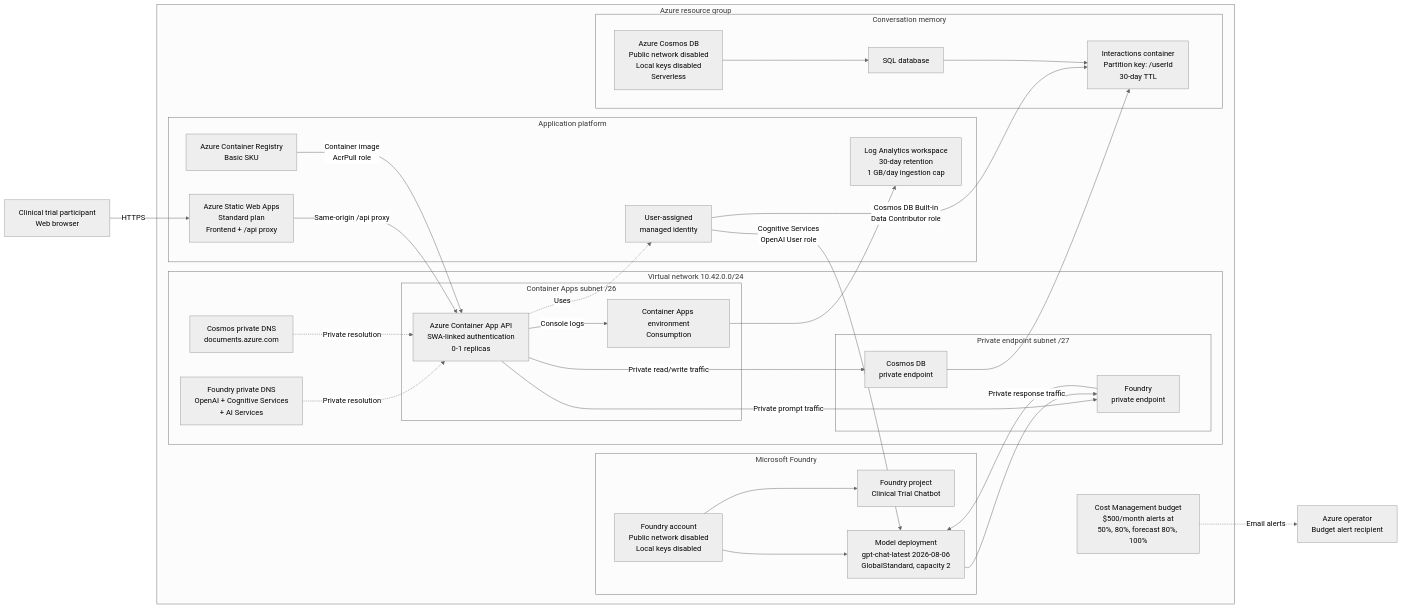
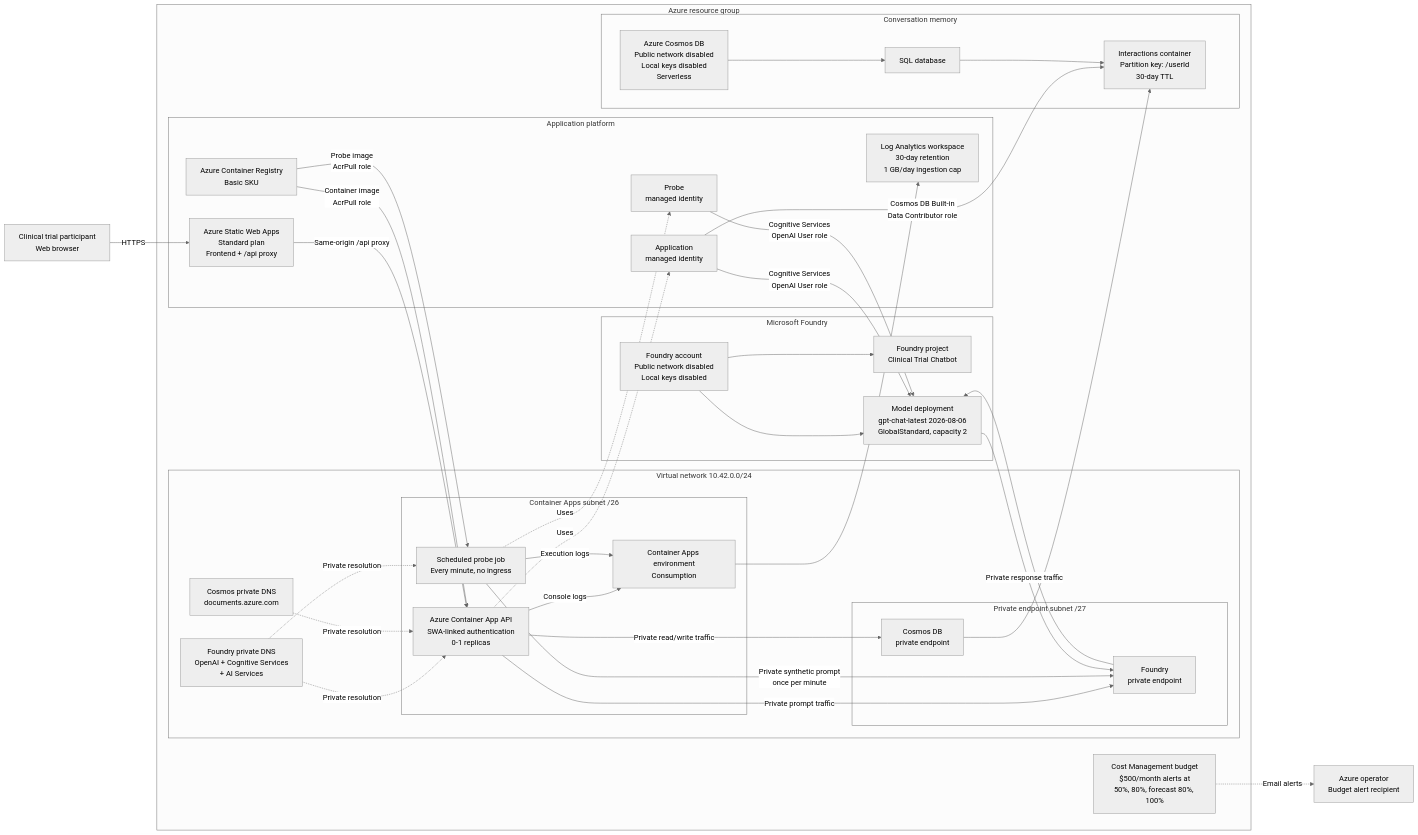
One commit to mariehalloran/foundry-health-models-example changed the diagram in README.md. Above: the diagram before and after it, drawn with Mermaid (neutral theme). The commit also changed other lines of this file and 16 other files, not shown here.

````diff
--- a/README.md
+++ b/README.md
@@ -36,60 +37,68 @@
 ```mermaid
 flowchart LR
     user["Clinical trial participant<br/>Web browser"]
     operator["Azure operator<br/>Budget alert recipient"]
 
     subgraph rg["Azure resource group"]
         budget["Cost Management budget<br/>$500/month alerts at<br/>50%, 80%, forecast 80%, 100%"]
 
         subgraph appPlatform["Application platform"]
             swa["Azure Static Web Apps<br/>Standard plan<br/>Frontend + /api proxy"]
             acr["Azure Container Registry<br/>Basic SKU"]
-            identity["User-assigned<br/>managed identity"]
+            identity["Application<br/>managed identity"]
+            probeIdentity["Probe<br/>managed identity"]
             logs["Log Analytics workspace<br/>30-day retention<br/>1 GB/day ingestion cap"]
         end
 
         subgraph vnet["Virtual network 10.42.0.0/24"]
             subgraph acaSubnet["Container Apps subnet /26"]
                 env["Container Apps environment<br/>Consumption"]
                 app["Azure Container App API<br/>SWA-linked authentication<br/>0-1 replicas"]
+                probe["Scheduled probe job<br/>Every minute, no ingress"]
             end
 
             subgraph privateSubnet["Private endpoint subnet /27"]
                 foundryPe["Foundry<br/>private endpoint"]
                 cosmosPe["Cosmos DB<br/>private endpoint"]
             end
 
             foundryDns["Foundry private DNS<br/>OpenAI + Cognitive Services<br/>+ AI Services"]
             cosmosDns["Cosmos private DNS<br/>documents.azure.com"]
         end
 
         subgraph ai["Microsoft Foundry"]
             account["Foundry account<br/>Public network disabled<br/>Local keys disabled"]
             project["Foundry project<br/>Clinical Trial Chatbot"]
             model["Model deployment<br/>gpt-chat-latest 2026-08-06<br/>GlobalStandard, capacity 2"]
         end
 
         subgraph memory["Conversation memory"]
             cosmos["Azure Cosmos DB<br/>Public network disabled<br/>Local keys disabled<br/>Serverless"]
             database["SQL database"]
             interactions["Interactions container<br/>Partition key: /userId<br/>30-day TTL"]
         end
     end
 
     user -->|"HTTPS"| swa
     swa -->|"Same-origin /api proxy"| app
     acr -->|"Container image<br/>AcrPull role"| app
+    acr -->|"Probe image<br/>AcrPull role"| probe
     app -.->|"Uses"| identity
+    probe -.->|"Uses"| probeIdentity
     identity -->|"Cognitive Services<br/>OpenAI User role"| model
+    probeIdentity -->|"Cognitive Services<br/>OpenAI User role"| model
     identity -->|"Cosmos DB Built-in<br/>Data Contributor role"| interactions
     app -->|"Private prompt traffic"| foundryPe --> model
+    probe -->|"Private synthetic prompt<br/>once per minute"| foundryPe
     model -->|"Private response traffic"| foundryPe
     app -->|"Private read/write traffic"| cosmosPe --> interactions
     foundryDns -.->|"Private resolution"| app
+    foundryDns -.->|"Private resolution"| probe
     cosmosDns -.->|"Private resolution"| app
     account --> project
     account --> model
     cosmos --> database --> interactions
     app -->|"Console logs"| env --> logs
+    probe -->|"Execution logs"| env
     budget -.->|"Email alerts"| operator
 ```
````
